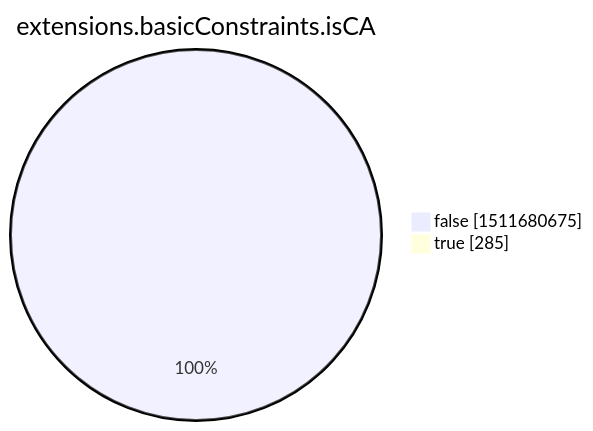
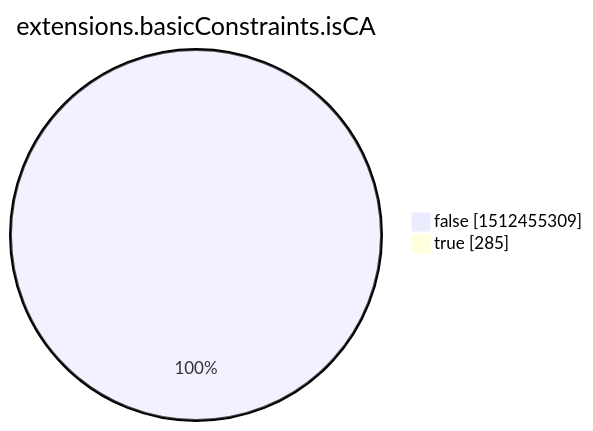
One commit to christiankrug/ctmonitor_visualization changed the eighth of 15 diagrams in xenon2022/README.md. Above: the diagram before and after it, drawn with Mermaid. The commit also changed other lines of this file, not shown here.

````diff
--- a/xenon2022/README.md
+++ b/xenon2022/README.md
@@ -2854,6 +2854,6 @@
 ```mermaid
 pie showData
 title extensions.basicConstraints.isCA
-"false" :1511680675
+"false" :1512455309
 "true" :285
 ```
````
